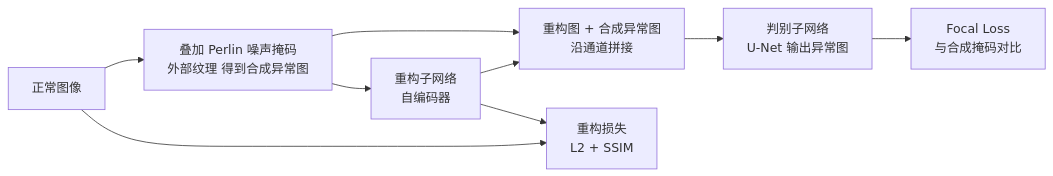
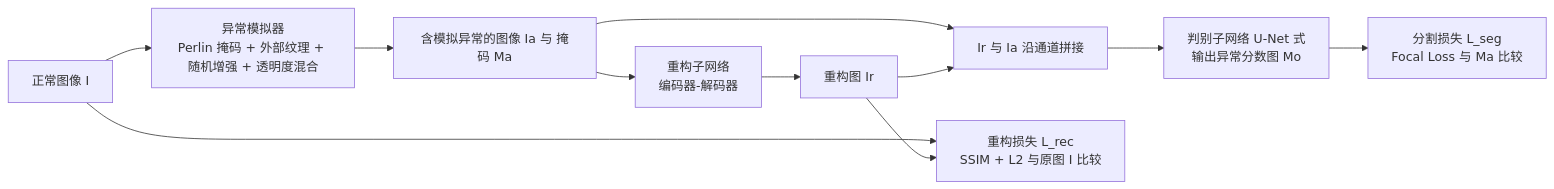
One commit to junxnone/aiwiki changed the diagram in docs/0744_paper_DRAEM.md. Above: the diagram before and after it, drawn with Mermaid. The commit also changed other lines of this file and 1 other file, not shown here.

````diff
--- a/docs/0744_paper_DRAEM.md
+++ b/docs/0744_paper_DRAEM.md
@@ -22,11 +23,13 @@
 ```mermaid
 graph LR
-    N["正常图像"] --> S["叠加 Perlin 噪声掩码<br/>外部纹理 得到合成异常图"]
-    S --> R["重构子网络<br/>自编码器"]
-    R --> C["重构图 + 合成异常图<br/>沿通道拼接"]
-    S --> C
-    C --> DD["判别子网络<br/>U-Net 输出异常图"]
-    N --> LR1["重构损失<br/>L2 + SSIM"]
-    R --> LR1
-    DD --> LF["Focal Loss<br/>与合成掩码对比"]
+    N["正常图像 I"] --> S["异常模拟器<br/>Perlin 掩码 + 外部纹理 + 随机增强 + 透明度混合"]
+    S --> IA["含模拟异常的图像 Ia 与 掩码 Ma"]
+    IA --> R["重构子网络<br/>编码器-解码器"]
+    R --> IR["重构图 Ir"]
+    IA --> C["Ir 与 Ia 沿通道拼接"]
+    IR --> C
+    C --> D["判别子网络 U-Net 式<br/>输出异常分数图 Mo"]
+    N --> L1["重构损失 L_rec<br/>SSIM + L2 与原图 I 比较"]
+    IR --> L1
+    D --> L2["分割损失 L_seg<br/>Focal Loss 与 Ma 比较"]
 ```
````
